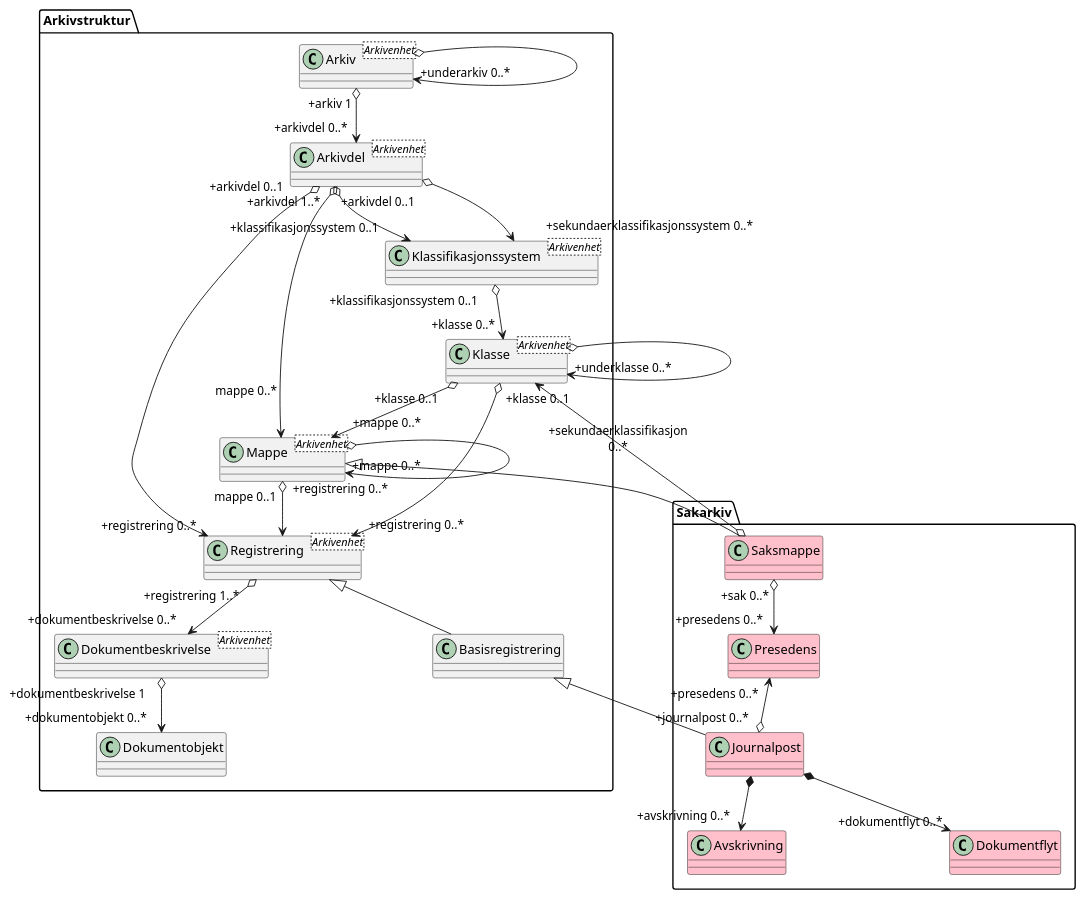
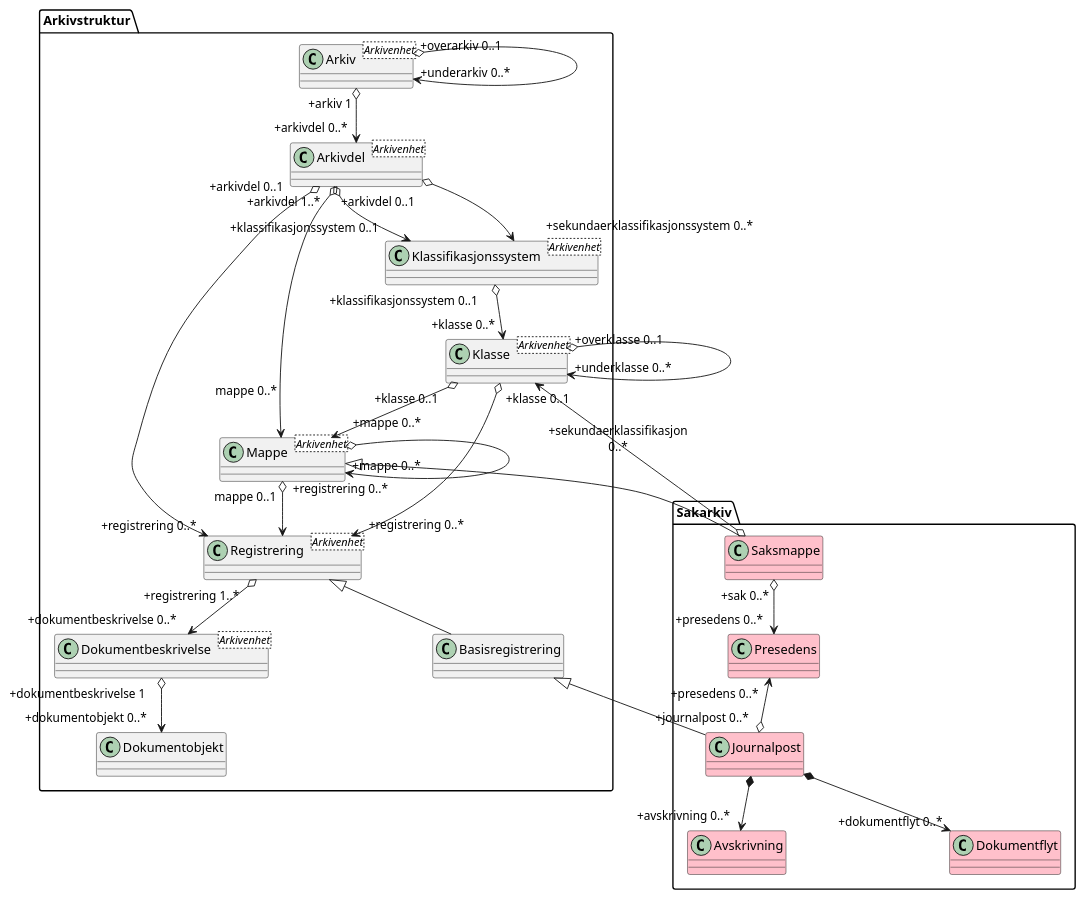
Before and after one commit to arkivverket/noark5-tjenestegrensesnitt-standard: the diagram in kapitler/media/uml-hovedmodell-saksbehandling.puml, drawn with PlantUML. The commit also changed 18 other files, not shown here.

```diff
--- a/kapitler/media/uml-hovedmodell-saksbehandling.puml
+++ b/kapitler/media/uml-hovedmodell-saksbehandling.puml
@@ -1,40 +1,40 @@
 @startuml
 skinparam classAttributeIconSize 0
 skinparam nodesep 180
 
 class Arkivstruktur.Arkiv <Arkivenhet>
 class Arkivstruktur.Arkivdel <Arkivenhet>
 class Arkivstruktur.Klassifikasjonssystem <Arkivenhet>
 class Arkivstruktur.Klasse <Arkivenhet>
 class Arkivstruktur.Mappe <Arkivenhet>
 class Arkivstruktur.Registrering <Arkivenhet>
 class Arkivstruktur.Dokumentbeskrivelse <Arkivenhet>
 class Sakarkiv.Saksmappe #pink
 class Sakarkiv.Presedens #pink
 class Sakarkiv.Journalpost #pink
 class Sakarkiv.Avskrivning #pink
 class Sakarkiv.Dokumentflyt #pink
 
-Arkivstruktur.Arkiv o-> "+underarkiv 0..*" Arkivstruktur.Arkiv
+Arkivstruktur.Arkiv "+overarkiv 0..1" o-> "+underarkiv 0..*" Arkivstruktur.Arkiv
 Arkivstruktur.Arkiv "+arkiv 1" o--> "+arkivdel 0..*" Arkivstruktur.Arkivdel
 Arkivstruktur.Arkivdel "+arkivdel 1..*" o--> "+klassifikasjonssystem 0..1" Arkivstruktur.Klassifikasjonssystem
 Arkivstruktur.Arkivdel o--> "+sekundaerklassifikasjonssystem 0..*" Arkivstruktur.Klassifikasjonssystem
 Arkivstruktur.Klassifikasjonssystem "+klassifikasjonssystem 0..1" o--> "+klasse 0..*" Arkivstruktur.Klasse
-Arkivstruktur.Klasse o--> "+underklasse 0..*" Arkivstruktur.Klasse
+Arkivstruktur.Klasse "+overklasse 0..1" o--> "+underklasse 0..*" Arkivstruktur.Klasse
 Arkivstruktur.Klasse "+klasse 0..1" o--> "+mappe 0..*" Arkivstruktur.Mappe
 Arkivstruktur.Mappe o--> "+mappe 0..*" Arkivstruktur.Mappe
 Arkivstruktur.Mappe <|-- Sakarkiv.Saksmappe
 Arkivstruktur.Klasse "\n\n+sekundaerklassifikasjon\n0..*" <--o Sakarkiv.Saksmappe
 Arkivstruktur.Mappe "mappe 0..1" o--> "+registrering 0..*\n\n" Arkivstruktur.Registrering
 Arkivstruktur.Mappe "mappe 0..*\n\n" <--o "+arkivdel 0..1" Arkivstruktur.Arkivdel
 Arkivstruktur.Klasse "+klasse 0..1" o--> "+registrering 0..*" Arkivstruktur.Registrering
 Arkivstruktur.Registrering "+registrering 1..*" o--> "+dokumentbeskrivelse 0..*" Arkivstruktur.Dokumentbeskrivelse
 Arkivstruktur.Registrering "+registrering 0..*" <--o "+arkivdel 0..1" Arkivstruktur.Arkivdel
 Arkivstruktur.Registrering <|-- Arkivstruktur.Basisregistrering
 Arkivstruktur.Dokumentbeskrivelse "+dokumentbeskrivelse 1" o--> "+dokumentobjekt 0..*" Arkivstruktur.Dokumentobjekt
 Sakarkiv.Saksmappe "+sak 0..*" o--> "+presedens 0..*" Sakarkiv.Presedens
 Arkivstruktur.Basisregistrering <|-- Sakarkiv.Journalpost
 Sakarkiv.Presedens "+presedens 0..*" <--o "+journalpost 0..*" Sakarkiv.Journalpost
 Sakarkiv.Journalpost *--> "+avskrivning 0..*" Sakarkiv.Avskrivning
 Sakarkiv.Journalpost *--> "+dokumentflyt 0..*" Sakarkiv.Dokumentflyt
 @enduml
```
